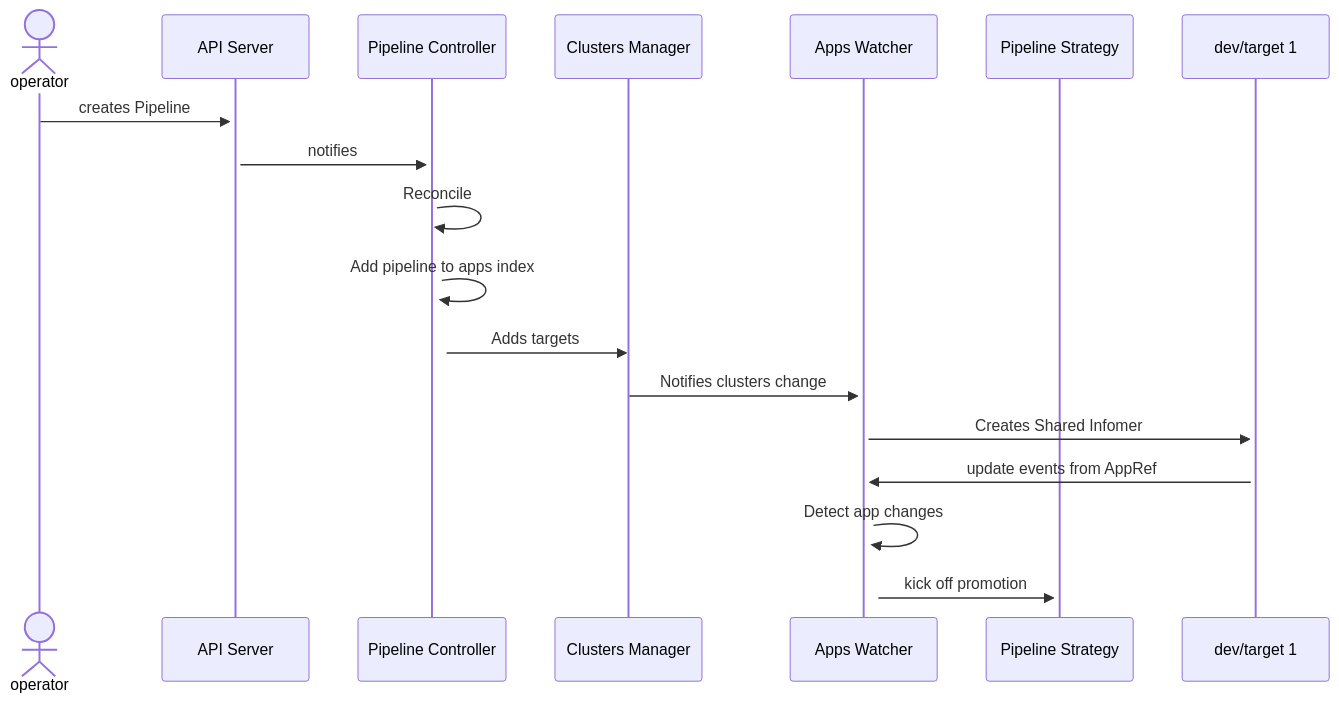
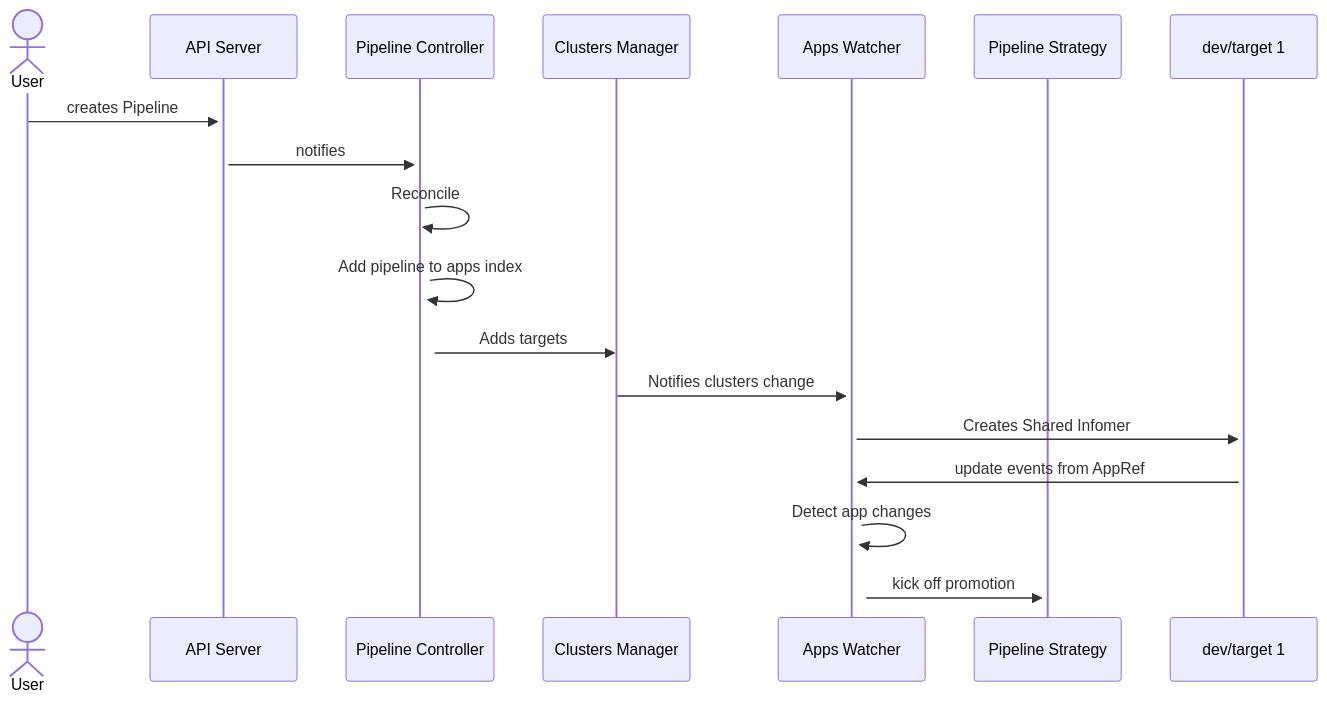
One commit to weaveworks/weave-gitops-private changed the diagram in docs/rfcs/0006-pipelies-polling/README.md. Above: the diagram before and after it, drawn with Mermaid. The commit also changed other lines of this file, not shown here.

````diff
--- a/docs/rfcs/0006-pipelies-polling/README.md
+++ b/docs/rfcs/0006-pipelies-polling/README.md
@@ -54,23 +54,23 @@
 ```mermaid
 sequenceDiagram
-    actor U as operator
+    actor U as User
     U->>+API Server: creates Pipeline
     participant PC as Pipeline Controller
     participant CM as Clusters Manager
     participant AW as Apps Watcher
     participant PS as Pipeline Strategy
 
     API Server->>+PC: notifies
 
     PC->>+PC: Reconcile
     PC->>+PC: Add pipeline to apps index
     participant dt1 as dev/target 1
 
     PC ->>CM: Adds targets
     CM->>+AW: Notifies clusters change
     AW->>+dt1: Creates Shared Infomer
     dt1->>+AW: update events from AppRef
     AW->>+AW: Detect app changes
     AW->>+PS: kick off promotion
 
 ```
````
